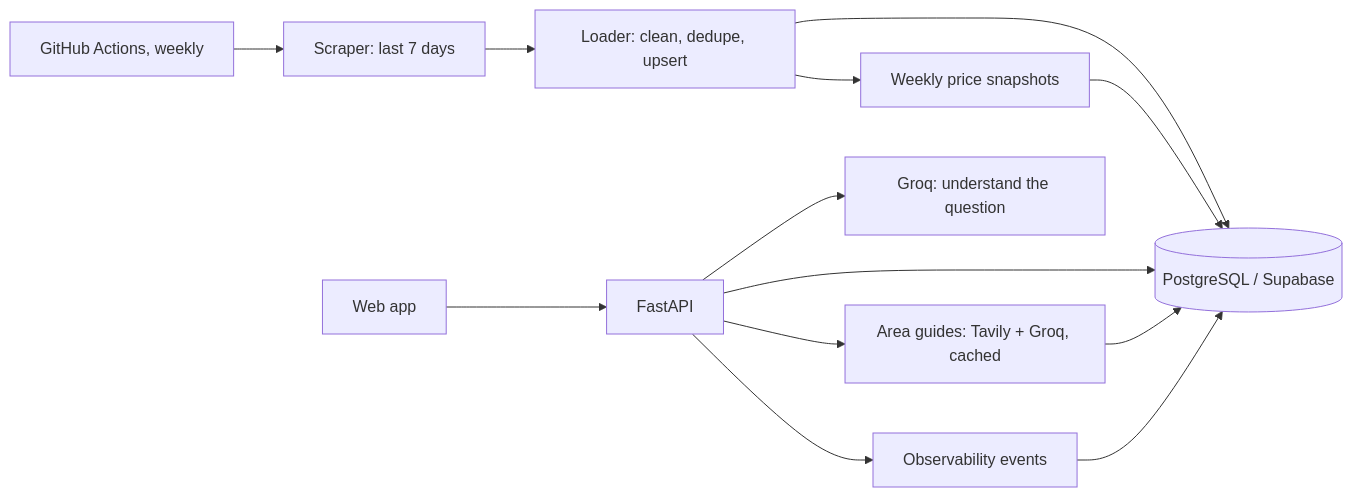
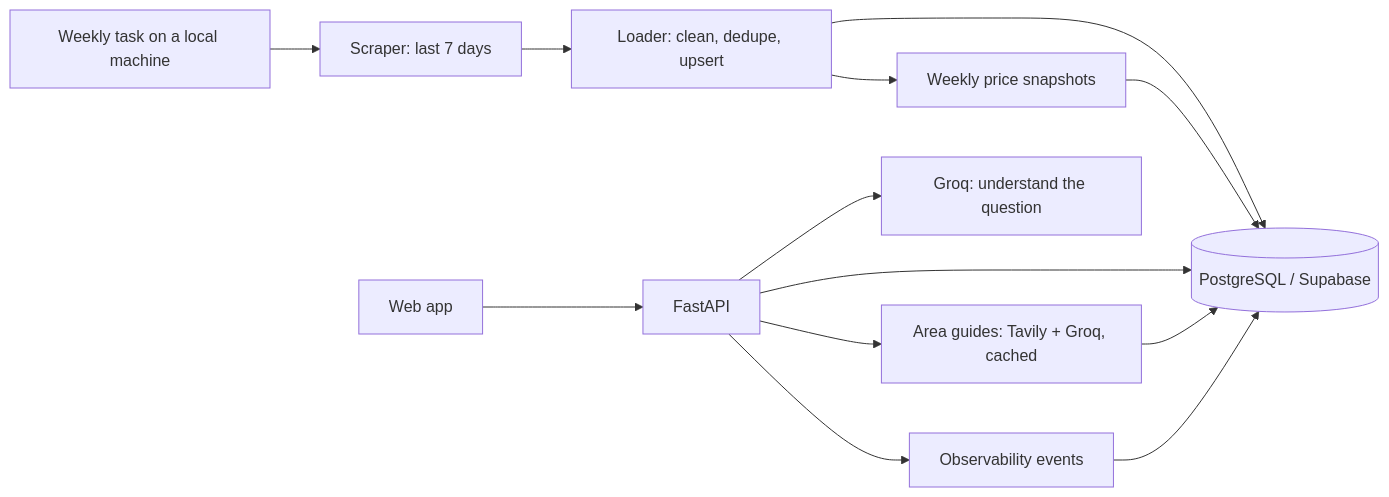
Before and after one commit to Jaywestty/Lagos-Rent-Predictor: the diagram in README.md, drawn with Mermaid. The commit also changed other lines of this file, not shown here.

Commit message:
docs: document the local weekly schedule

````diff
--- a/README.md
+++ b/README.md
@@ -20,15 +20,15 @@
 ```mermaid
 flowchart LR
-    Cron[GitHub Actions, weekly] --> Scraper[Scraper: last 7 days]
+    Cron[Weekly task on a local machine] --> Scraper[Scraper: last 7 days]
     Scraper --> Loader[Loader: clean, dedupe, upsert]
     Loader --> DB[(PostgreSQL / Supabase)]
     Loader --> Snap[Weekly price snapshots]
     Snap --> DB
     User[Web app] --> API[FastAPI]
     API --> LLM[Groq: understand the question]
     API --> DB
     API --> Guides[Area guides: Tavily + Groq, cached]
     Guides --> DB
     API --> Obs[Observability events]
     Obs --> DB
 ```
````
